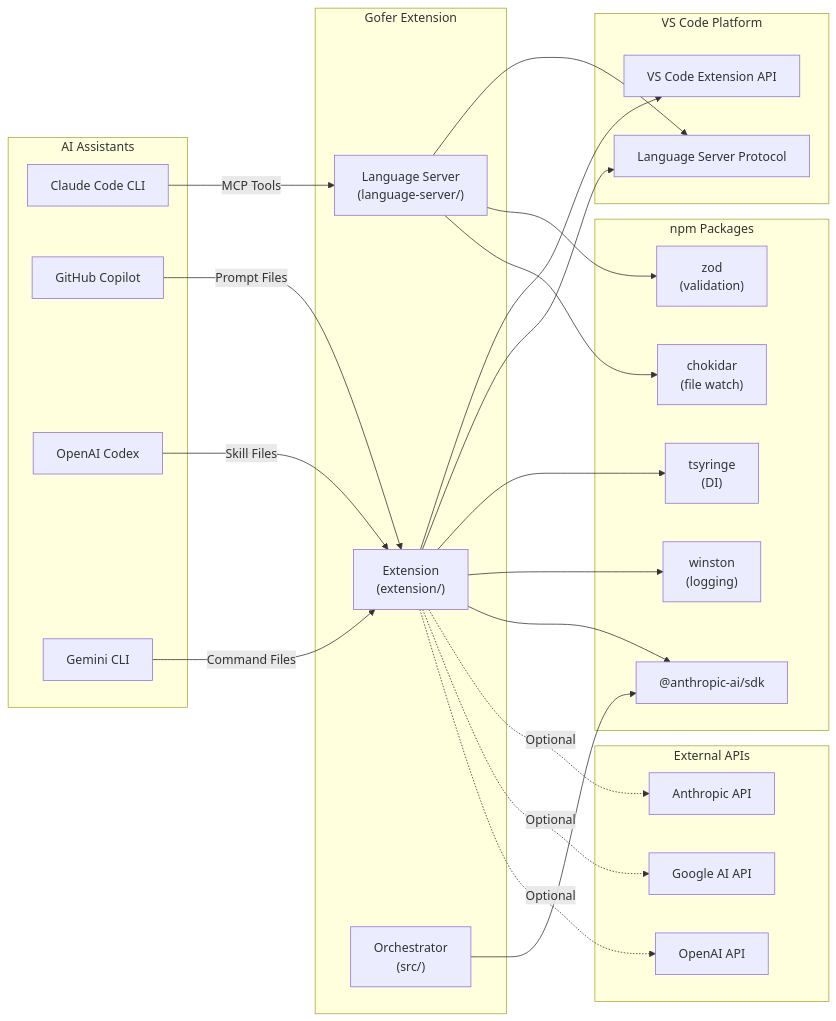
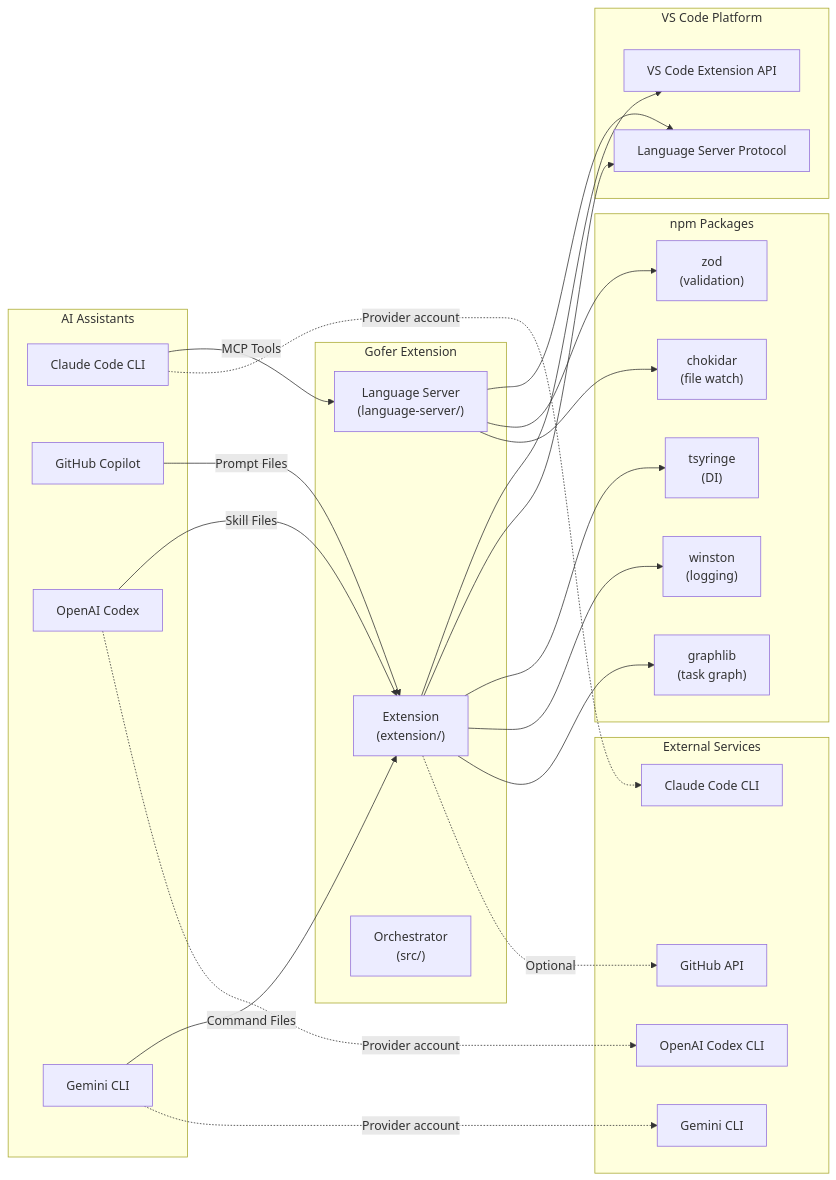
One commit to eai-tools/eai-gofer changed the diagram in .tech-docs/dependencies.md. Above: the diagram before and after it, drawn with Mermaid. The commit also changed other lines of this file and 1000 other files, not shown here.

````diff
--- a/.tech-docs/dependencies.md
+++ b/.tech-docs/dependencies.md
@@ -132,55 +140,55 @@
 ```mermaid
 graph LR
     subgraph "Gofer Extension"
         Ext["Extension<br/>(extension/)"]
         LS["Language Server<br/>(language-server/)"]
         Orch["Orchestrator<br/>(src/)"]
     end
 
     subgraph "AI Assistants"
         Claude["Claude Code CLI"]
         Copilot["GitHub Copilot"]
         Codex["OpenAI Codex"]
         Gemini["Gemini CLI"]
     end
 
-    subgraph "External APIs"
-        AnthropicAPI["Anthropic API"]
-        GoogleAPI["Google AI API"]
-        OpenAIAPI["OpenAI API"]
+    subgraph "External Services"
+        ClaudeCLI["Claude Code CLI"]
+        GeminiCLI["Gemini CLI"]
+        CodexCLI["OpenAI Codex CLI"]
+        GitHubAPI["GitHub API"]
     end
 
     subgraph "VS Code Platform"
         VSCodeAPI["VS Code Extension API"]
         LSPAPI["Language Server Protocol"]
     end
 
     subgraph "npm Packages"
         tsyringe["tsyringe<br/>(DI)"]
         winston["winston<br/>(logging)"]
         zod["zod<br/>(validation)"]
         chokidar["chokidar<br/>(file watch)"]
-        anthropicSDK["@anthropic-ai/sdk"]
+        graphlib["graphlib<br/>(task graph)"]
     end
 
     Ext --> VSCodeAPI
     Ext --> LSPAPI
     Ext --> tsyringe
     Ext --> winston
-    Ext --> anthropicSDK
+    Ext --> graphlib
 
     LS --> LSPAPI
     LS --> zod
     LS --> chokidar
-
-    Orch --> anthropicSDK
 
     Claude -->|MCP Tools| LS
     Copilot -->|Prompt Files| Ext
     Codex -->|Skill Files| Ext
     Gemini -->|Command Files| Ext
 
-    Ext -.->|Optional| AnthropicAPI
-    Ext -.->|Optional| GoogleAPI
-    Ext -.->|Optional| OpenAIAPI
+    Ext -.->|Optional| GitHubAPI
+    Claude -.->|Provider account| ClaudeCLI
+    Codex -.->|Provider account| CodexCLI
+    Gemini -.->|Provider account| GeminiCLI
 ```
````
